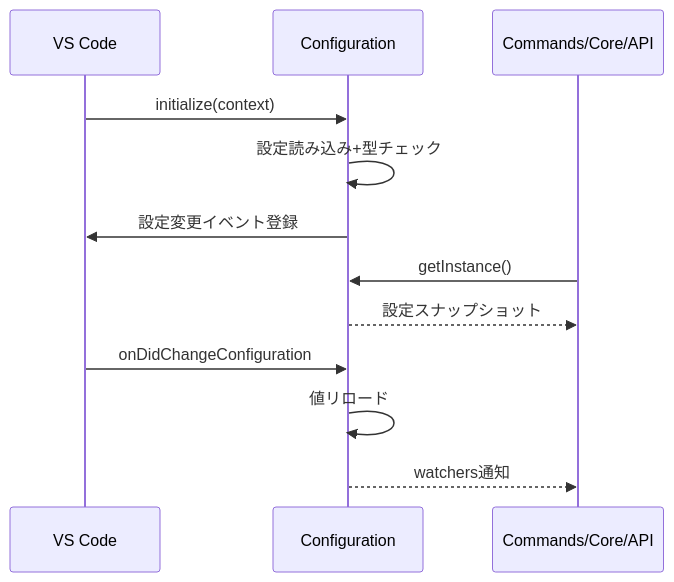
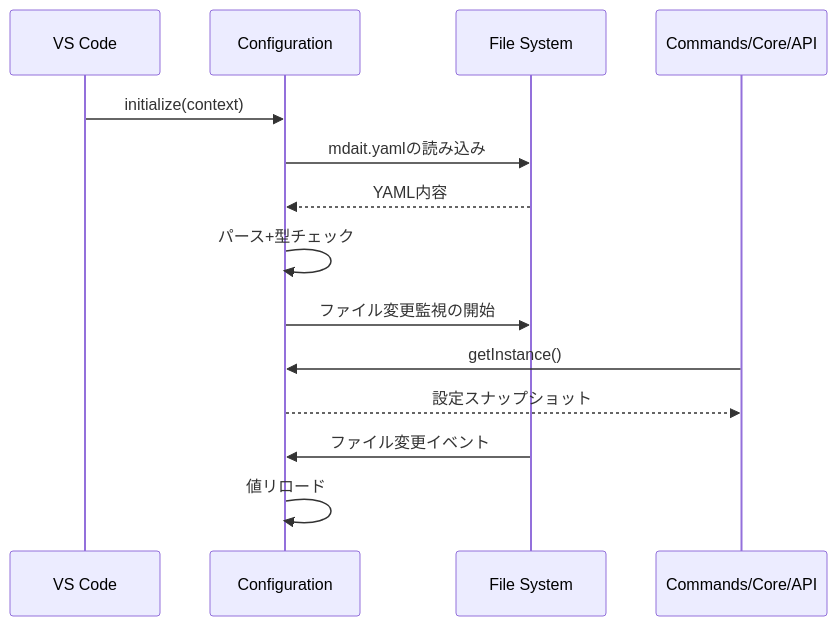
Before and after one commit to mochimochiki/mdait: the diagram in design/config.md, drawn with Mermaid. The commit also changed other lines of this file and 6 other files, not shown here.

Commit message:
Migrate configuration from VS Code settings.json to mdait.yaml

````diff
--- a/design/config.md
+++ b/design/config.md
@@ -10,15 +11,17 @@
 ```mermaid
 sequenceDiagram
 		participant VS as VS Code
 		participant Cfg as Configuration
+		participant FS as File System
 		participant Caller as Commands/Core/API
 
 		VS->>Cfg: initialize(context)
-		Cfg->>Cfg: 設定読み込み+型チェック
-		Cfg->>VS: 設定変更イベント登録
+		Cfg->>FS: mdait.yamlの読み込み
+		FS-->>Cfg: YAML内容
+		Cfg->>Cfg: パース+型チェック
+		Cfg->>FS: ファイル変更監視の開始
 		Caller->>Cfg: getInstance()
 		Cfg-->>Caller: 設定スナップショット
-		VS->>Cfg: onDidChangeConfiguration
+		FS->>Cfg: ファイル変更イベント
 		Cfg->>Cfg: 値リロード
-		Cfg-->>Caller: watchers通知
 ```
````
